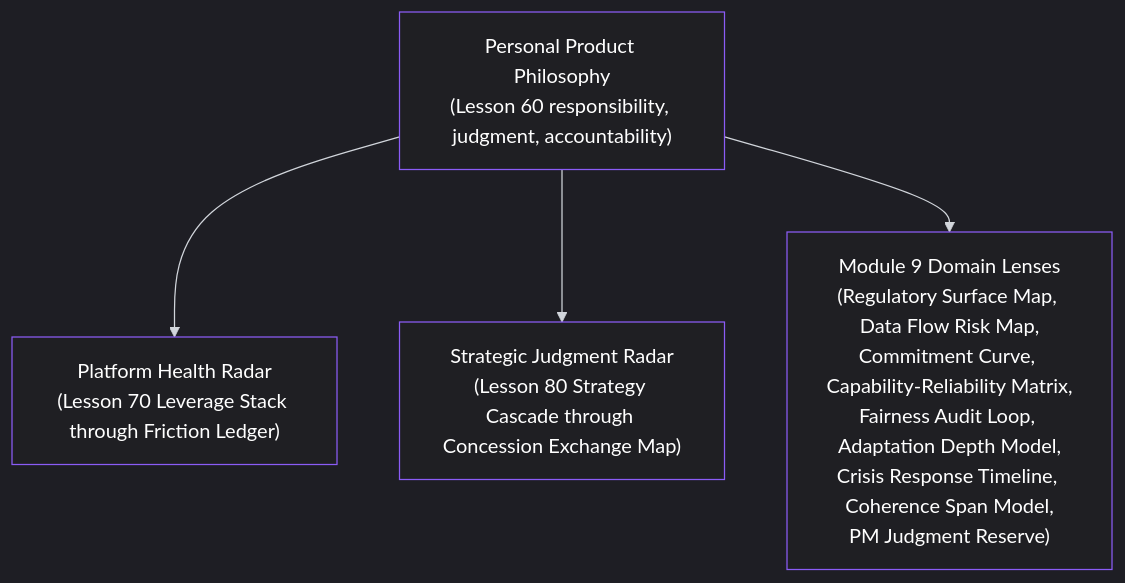
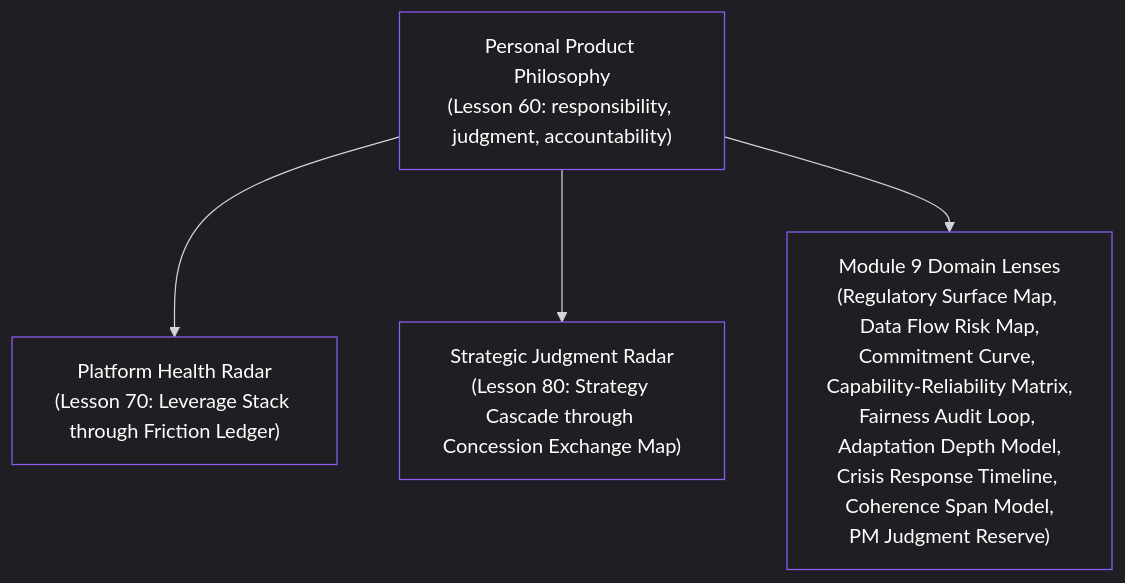
Before and after one commit to pmacademy-app/web: the diagram in content/lessons/lesson-090.md, drawn with Mermaid. The commit also changed other lines of this file and 275 other files, not shown here.

````diff
--- a/content/lessons/lesson-090.md
+++ b/content/lessons/lesson-090.md
@@ -53,37 +53,37 @@
 ```mermaid
 %%{init: {
   "theme": "dark",
   "themeVariables": {
     "background": "#0b0b0c",
     "primaryColor": "#1f1f23",
     "primaryTextColor": "#ffffff",
     "primaryBorderColor": "#8b5cf6",
     "lineColor": "#d1d5db",
     "secondaryColor": "#18181b",
     "tertiaryColor": "#111111",
     "mainBkg": "#1f1f23",
     "nodeBorder": "#8b5cf6",
     "clusterBkg": "#000000",
     "clusterBorder": "#27272a",
     "titleColor": "#ffffff",
     "edgeLabelBackground": "#0b0b0c",
     "nodeTextColor": "#ffffff",
     "edgeLabelColor": "#ffffff",
     "actorBorder": "#8b5cf6",
     "actorBkg": "#1f1f23",
     "actorTextColor": "#ffffff",
     "sequenceNumberColor": "#ffffff",
     "signalColor": "#8b5cf6",
     "signalTextColor": "#ffffff",
     "textColor": "#ffffff",
     "classText": "#ffffff",
     "classBorder": "#8b5cf6",
     "classBkg": "#1f1f23"
   }
 }}%%
 graph TD
-    Center["Personal Product Philosophy<br/>(Lesson 60 responsibility, judgment, accountability)"]
-    Center --> P["Platform Health Radar<br/>(Lesson 70 Leverage Stack through Friction Ledger)"]
-    Center --> S["Strategic Judgment Radar<br/>(Lesson 80 Strategy Cascade through Concession Exchange Map)"]
+    Center["Personal Product Philosophy<br/>(Lesson 60: responsibility, judgment, accountability)"]
+    Center --> P["Platform Health Radar<br/>(Lesson 70: Leverage Stack through Friction Ledger)"]
+    Center --> S["Strategic Judgment Radar<br/>(Lesson 80: Strategy Cascade through Concession Exchange Map)"]
     Center --> D["Module 9 Domain Lenses<br/>(Regulatory Surface Map, Data Flow Risk Map,<br/>Commitment Curve, Capability-Reliability Matrix,<br/>Fairness Audit Loop, Adaptation Depth Model,<br/>Crisis Response Timeline, Coherence Span Model,<br/>PM Judgment Reserve)"]
 ```
````
